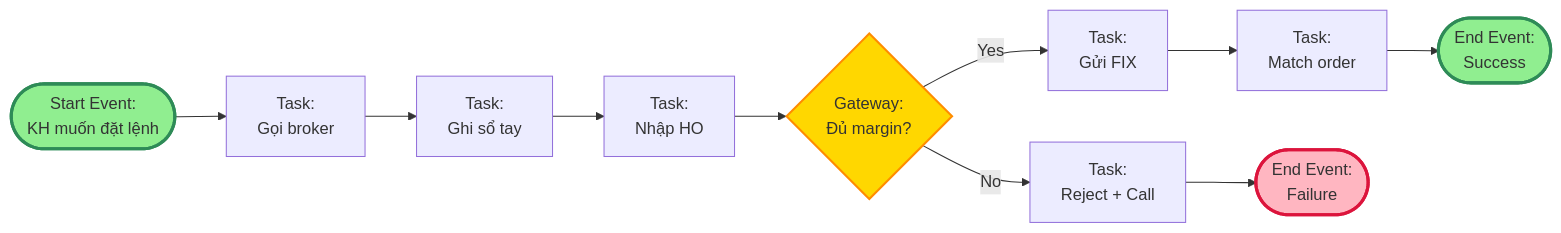
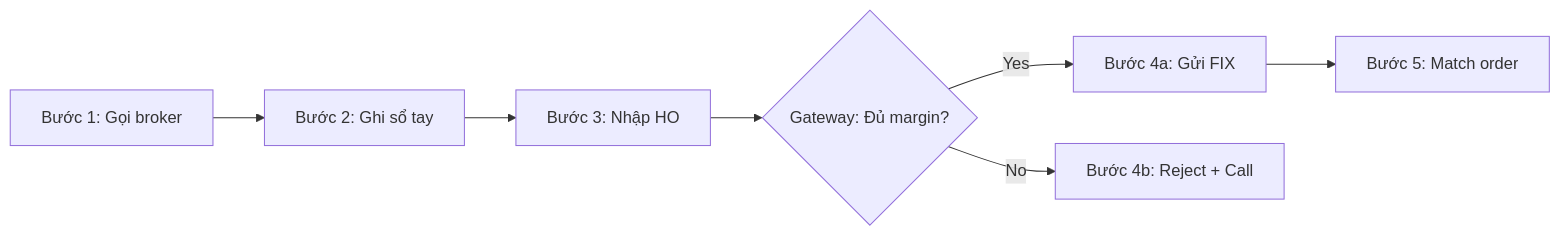
One commit to quangnt2697/Agent-skills changed the third of 7 diagrams in skills/ba-process-modeling/SKILL.md. Above: the diagram before and after it, drawn with Mermaid. The commit also changed other lines of this file and 3 other files, not shown here.

First line of the commit message:
refactor(ba): chuẩn hóa AC dạng Gherkin và sơ đồ Mermaid theo Rule 7

````diff
--- a/skills/ba-process-modeling/SKILL.md
+++ b/skills/ba-process-modeling/SKILL.md
@@ -266,28 +252,17 @@
 ```mermaid
 flowchart LR
-    Start([Start Event:<br/>KH muốn đặt lệnh])
-    T1[Task:<br/>Gọi broker]
-    T2[Task:<br/>Ghi sổ tay]
-    T3[Task:<br/>Nhập HO]
-    G1{Gateway:<br/>Đủ margin?}
-    T4[Task:<br/>Gửi FIX]
-    T5[Task:<br/>Match order]
-    T6[Task:<br/>Reject + Call]
-    End1([End Event:<br/>Success])
-    End2([End Event:<br/>Failure])
-    
-    Start --> T1
+    T1["Bước 1: Gọi broker"]
+    T2["Bước 2: Ghi sổ tay"]
+    T3["Bước 3: Nhập HO"]
+    G1{"Gateway: Đủ margin?"}
+    T4["Bước 4a: Gửi FIX"]
+    T5["Bước 5: Match order"]
+    T6["Bước 4b: Reject + Call"]
+
     T1 --> T2
     T2 --> T3
     T3 --> G1
     G1 -->|Yes| T4
+    T4 --> T5
     G1 -->|No| T6
-    T4 --> T5
-    T5 --> End1
-    T6 --> End2
-    
-    style Start fill:#90EE90,stroke:#2E8B57,stroke-width:3px
-    style End1 fill:#90EE90,stroke:#2E8B57,stroke-width:3px
-    style End2 fill:#FFB6C1,stroke:#DC143C,stroke-width:3px
-    style G1 fill:#FFD700,stroke:#FF8C00,stroke-width:2px
 ```
````
